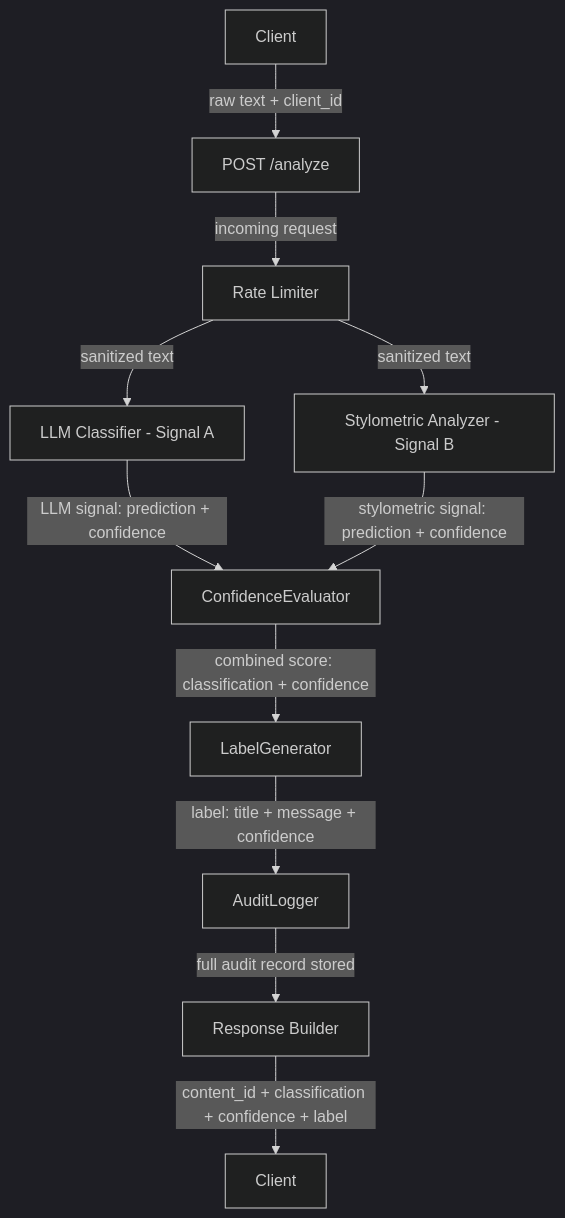
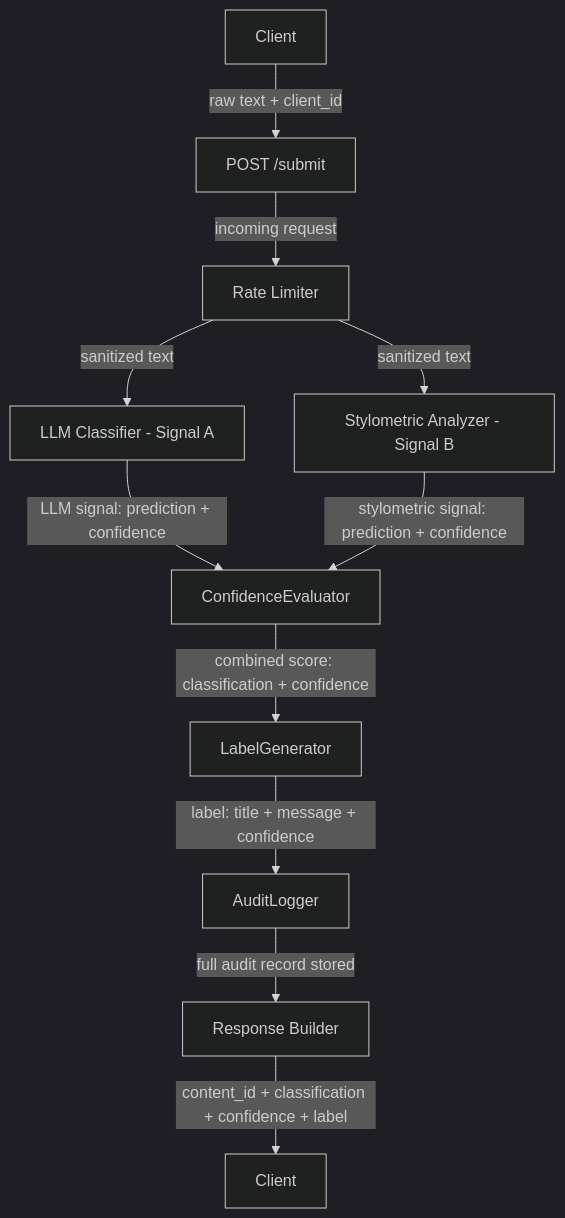
Before and after one commit to MiaNguyen912/ai201-project4-provenance-guard: the first of 2 diagrams in planning.md, drawn with Mermaid (dark theme). The commit also changed other lines of this file, not shown here.

````diff
--- a/planning.md
+++ b/planning.md
@@ -357,14 +356,14 @@
 ```mermaid
 flowchart TD
 
-A[Client] -->|"raw text + client_id"| B["POST /analyze"]
+A[Client] -->|"raw text + client_id"| B["POST /submit"]
 B -->|incoming request| C[Rate Limiter]
 C -->|sanitized text| D["LLM Classifier - Signal A"]
 C -->|sanitized text| E["Stylometric Analyzer - Signal B"]
 D -->|"LLM signal: prediction + confidence"| F[ConfidenceEvaluator]
 E -->|"stylometric signal: prediction + confidence"| F
 F -->|"combined score: classification + confidence"| G[LabelGenerator]
 G -->|"label: title + message + confidence"| H[AuditLogger]
 H -->|full audit record stored| I[Response Builder]
 I -->|"content_id + classification + confidence + label"| J[Client]
 ```
````
